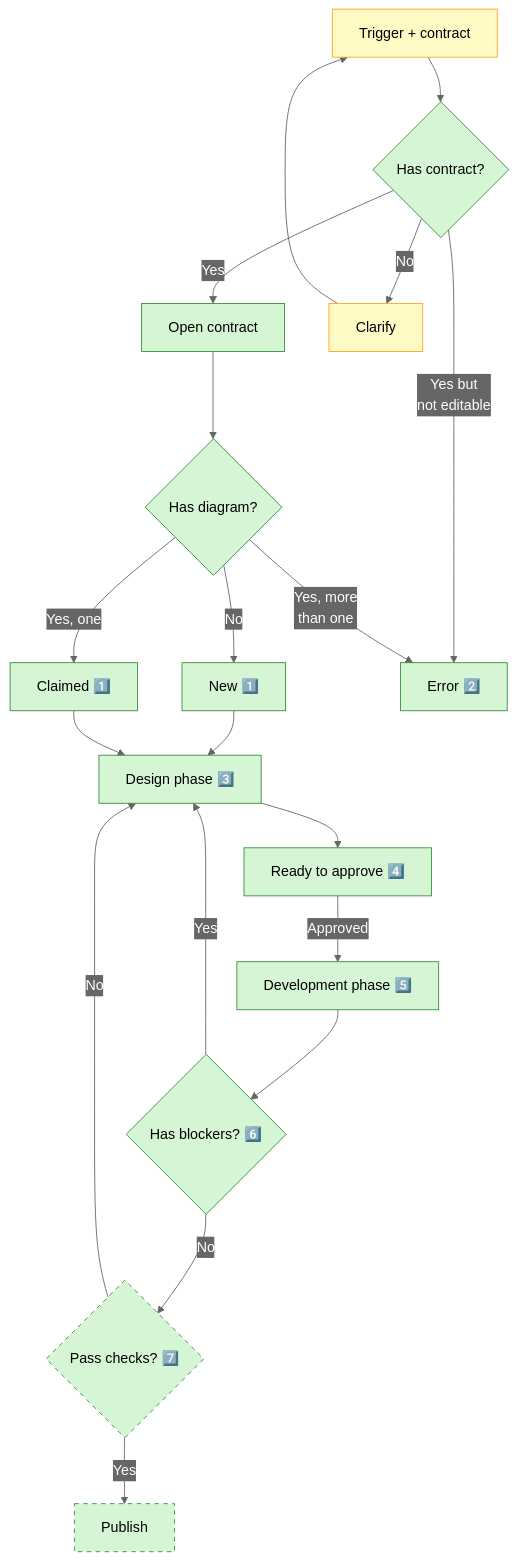
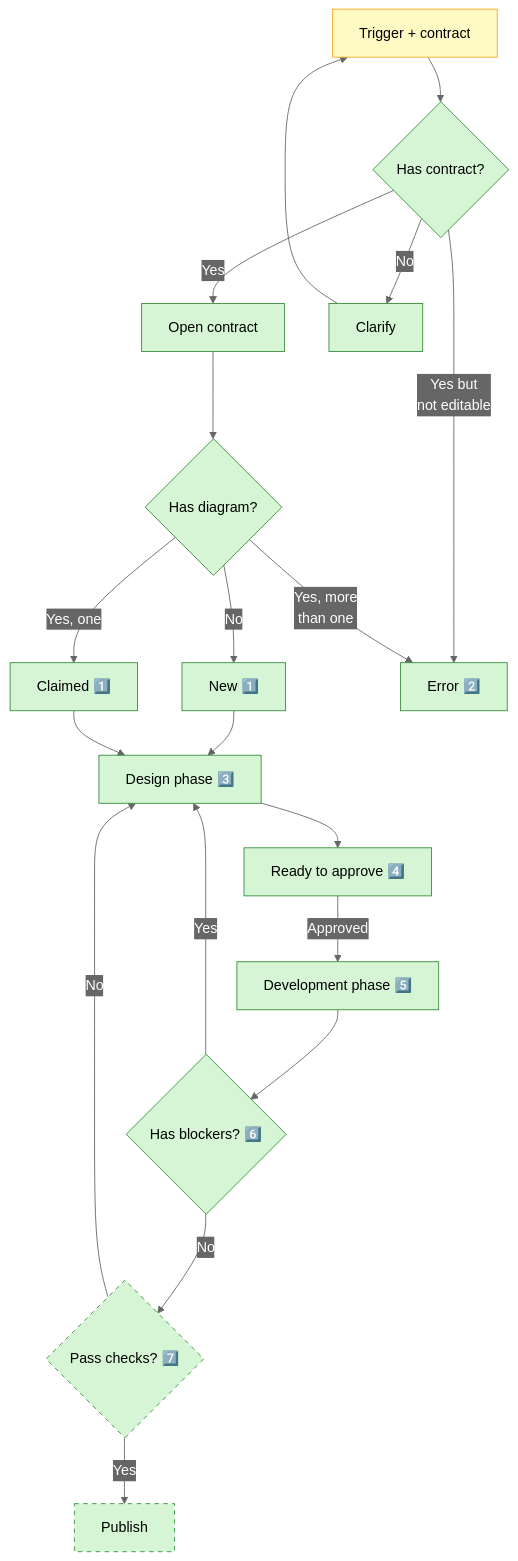
Before and after one commit to nonlinear/skills: the diagram in contract-diagram/SKILL.md, drawn with Mermaid.

Commit message:
Mark CLARIFY as developed (error message working)

````diff
--- a/contract-diagram/SKILL.md
+++ b/contract-diagram/SKILL.md
@@ -28,51 +28,51 @@
 ```mermaid
 %%{init: {'theme':'base','themeVariables':{"primaryColor":"#4A90E2","primaryTextColor":"#fff","primaryBorderColor":"#2E5C8A","lineColor":"#666","secondaryColor":"#50E3C2","tertiaryColor":"#FFD700","edgeLabelBackground":"#666"},'flowchart':{"nodeSpacing":50,"rankSpacing":50,"padding":15,"curve":"basis"}}}%%
 flowchart TD
     TRIGGER["Trigger + contract"]
     CHECK_CONTRACT{"Has contract?"}
     OPEN["Open contract"]
     CLARIFY["Clarify"]
     CHECK_DIAGRAM{"Has diagram?"}
     CREATE["New 1️⃣"]
     CLAIM["Claimed 1️⃣"]
     ERROR["Error 2️⃣"]
     
     DESIGN["Design phase 3️⃣"]
     SIGNOFF["Ready to approve 4️⃣"]
     DEVELOPMENT["Development phase 5️⃣"]
     BLOCKERS{"Has blockers? 6️⃣"}
     TESTS{"Pass checks? 7️⃣"}
     PUBLISH["Publish"]
     
     TRIGGER --> CHECK_CONTRACT
     CHECK_CONTRACT -->|Yes| OPEN
     CHECK_CONTRACT -->|Yes but<br/>not editable| ERROR
     CHECK_CONTRACT -->|No| CLARIFY
     CLARIFY --> TRIGGER
     
     OPEN --> CHECK_DIAGRAM
     CHECK_DIAGRAM -->|Yes, more<br/>than one| ERROR
     CHECK_DIAGRAM -->|Yes, one| CLAIM
     CHECK_DIAGRAM -->|No| CREATE
     
     CREATE --> DESIGN
     CLAIM --> DESIGN
     DESIGN --> SIGNOFF
     SIGNOFF -->|Approved| DEVELOPMENT
     DEVELOPMENT --> BLOCKERS
     BLOCKERS -->|Yes| DESIGN
     BLOCKERS -->|No| TESTS
     TESTS -->|Yes| PUBLISH
     TESTS -->|No| DESIGN
     
     classDef default fill:#e0e0e0,stroke:#666,color:#000
     classDef approved fill:#FFF9C4,stroke:#F9A825,color:#000
     classDef developed fill:#D5F5D5,stroke:#388E3C,color:#000
     classDef blocker fill:#FFCDD2,stroke:#D32F2F,color:#000
     classDef developed-notes fill:#E3F2FD,stroke:#1976D2,color:#000
     classDef outside-system fill:#D5F5D5,stroke:#388E3C,stroke-dasharray:5 5,color:#000
     
-    class TRIGGER,CLARIFY approved
-    class CHECK_DIAGRAM,CREATE,CLAIM,ERROR,SIGNOFF,DESIGN,DEVELOPMENT,BLOCKERS,CHECK_CONTRACT,OPEN developed
+    class TRIGGER approved
+    class CHECK_DIAGRAM,CREATE,CLAIM,ERROR,SIGNOFF,DESIGN,DEVELOPMENT,BLOCKERS,CHECK_CONTRACT,OPEN,CLARIFY developed
     class PUBLISH,TESTS outside-system
 ```
````
